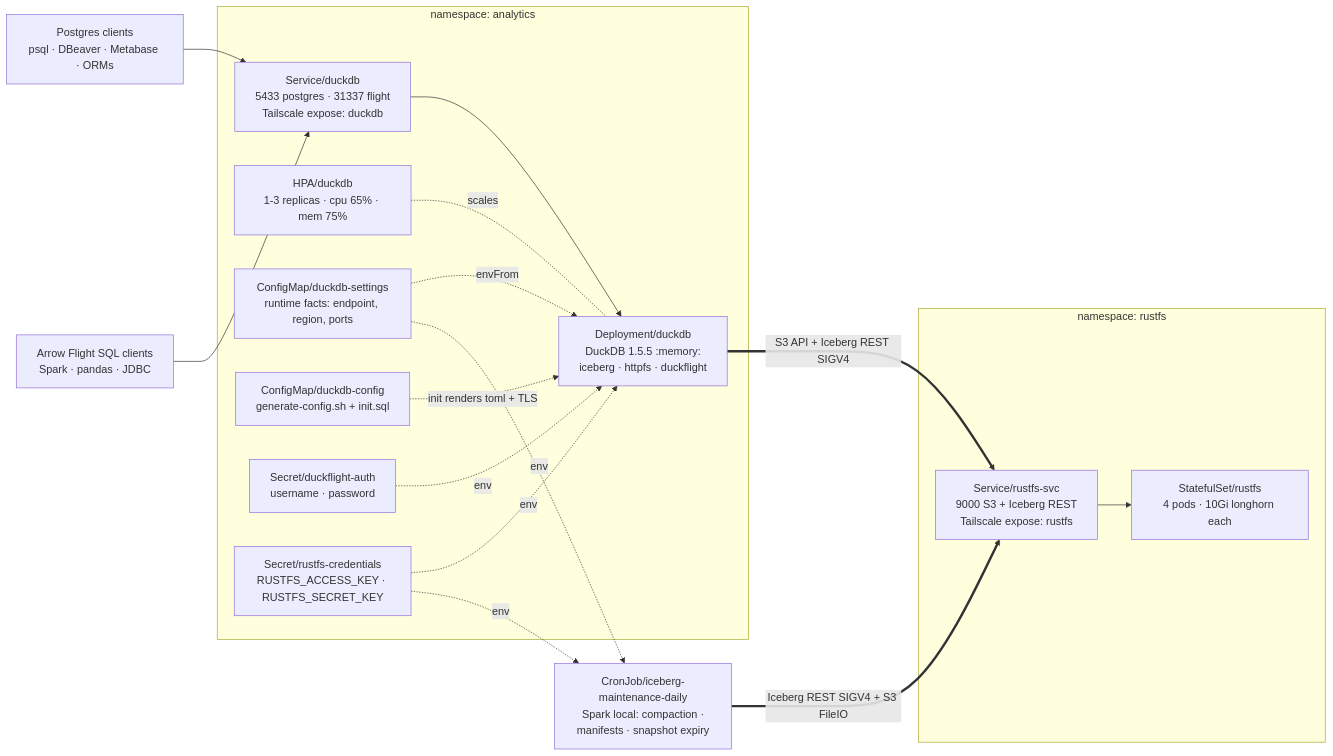
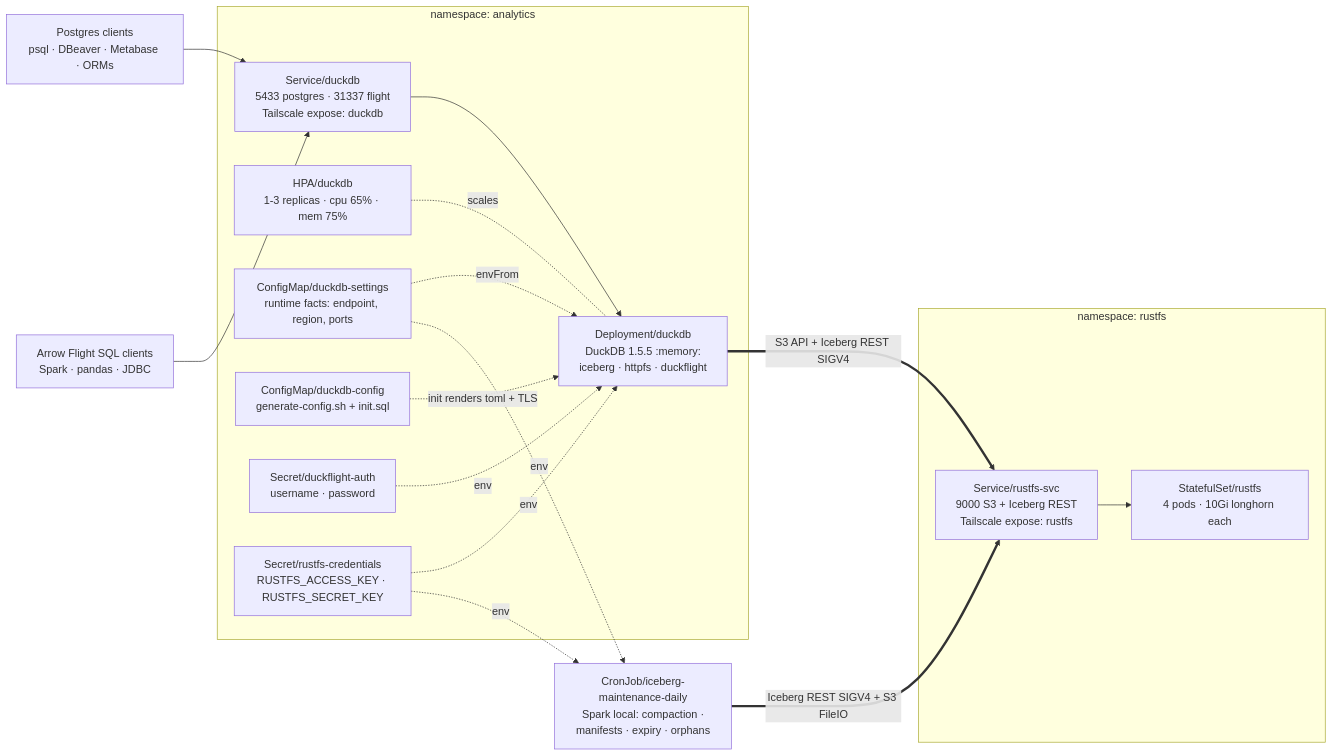
Before and after one commit to daun-gatal/analytics: the first of 3 diagrams in README.md, drawn with Mermaid. The commit also changed other lines of this file and 2 other files, not shown here.

First line of the commit message:
Run orphan-file cleanup in the daily job

````diff
--- a/README.md
+++ b/README.md
@@ -35,35 +35,35 @@
 ```mermaid
 flowchart LR
     PG["Postgres clients<br/>psql · DBeaver · Metabase · ORMs"]
     FS["Arrow Flight SQL clients<br/>Spark · pandas · JDBC"]
 
     subgraph ANALYTICS["namespace: analytics"]
         SVC["Service/duckdb<br/>5433 postgres · 31337 flight<br/>Tailscale expose: duckdb"]
         DUCK["Deployment/duckdb<br/>DuckDB 1.5.5 :memory:<br/>iceberg · httpfs · duckflight"]
         HPA["HPA/duckdb<br/>1-3 replicas · cpu 65% · mem 75%"]
         SETTINGS["ConfigMap/duckdb-settings<br/>runtime facts: endpoint, region, ports"]
         CFG["ConfigMap/duckdb-config<br/>generate-config.sh + init.sql"]
         AUTH["Secret/duckflight-auth<br/>username · password"]
         CREDS["Secret/rustfs-credentials<br/>RUSTFS_ACCESS_KEY · RUSTFS_SECRET_KEY"]
     end
 
     subgraph RUSTFS["namespace: rustfs"]
         RSVC["Service/rustfs-svc<br/>9000 S3 + Iceberg REST<br/>Tailscale expose: rustfs"]
         STS["StatefulSet/rustfs<br/>4 pods · 10Gi longhorn each"]
     end
 
     PG --> SVC
     FS --> SVC
     SVC --> DUCK
     HPA -. scales .- DUCK
     SETTINGS -. envFrom .-> DUCK
     CFG -. init renders toml + TLS .-> DUCK
     AUTH -. env .-> DUCK
     CREDS -. env .-> DUCK
     DUCK == "S3 API + Iceberg REST SIGV4" ==> RSVC
-    MAINT["CronJob/iceberg-maintenance-daily<br/>Spark local: compaction ·<br/>manifests · snapshot expiry"]
+    MAINT["CronJob/iceberg-maintenance-daily<br/>Spark local: compaction ·<br/>manifests · expiry · orphans"]
     CREDS -. env .-> MAINT
     SETTINGS -. env .-> MAINT
     MAINT == "Iceberg REST SIGV4 + S3 FileIO" ==> RSVC
     RSVC --> STS
 ```
````
